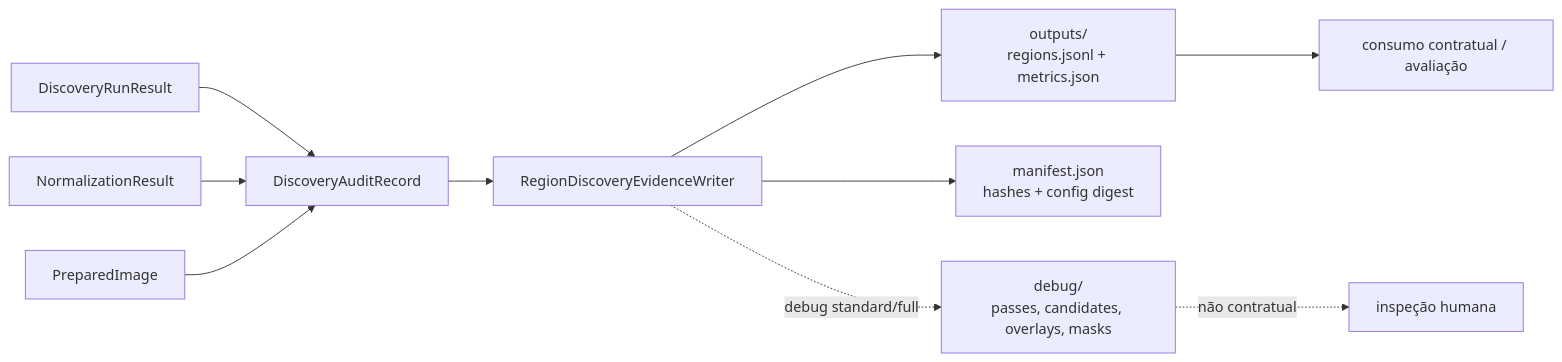
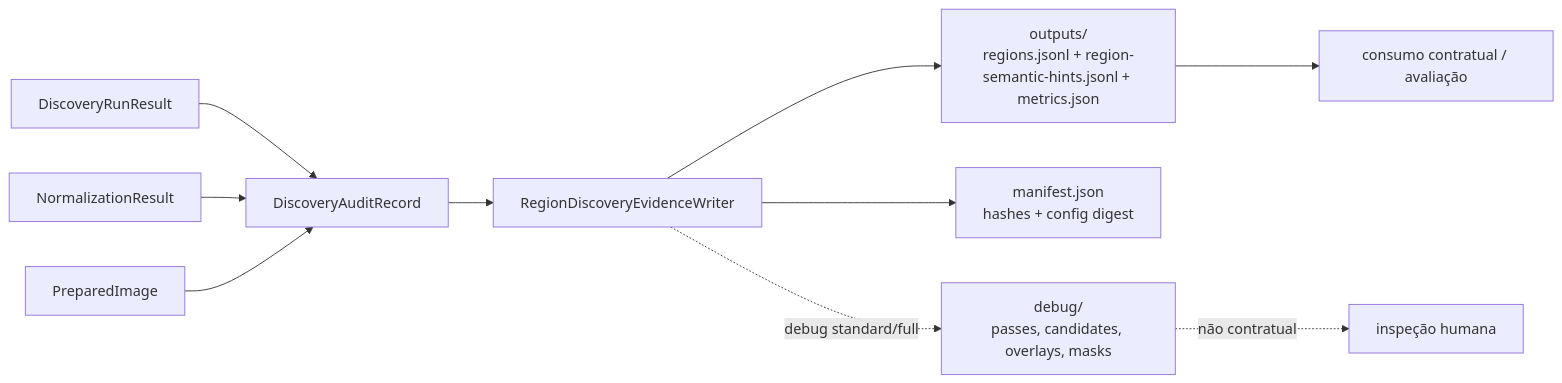
One commit to Alexandre-Tortoza/contextmap2 changed the seventh of 8 diagrams in src/contextmap/visual_perception/docs/region-discovery.md. Above: the diagram before and after it, drawn with Mermaid. The commit also changed other lines of this file and 15 other files, not shown here.

````diff
--- a/src/contextmap/visual_perception/docs/region-discovery.md
+++ b/src/contextmap/visual_perception/docs/region-discovery.md
@@ -358,12 +432,12 @@
 ```mermaid
 flowchart LR
     RUN["DiscoveryRunResult"] --> REC["DiscoveryAuditRecord"]
     NORM["NormalizationResult"] --> REC
     PI["PreparedImage"] --> REC
     REC --> WR["RegionDiscoveryEvidenceWriter"]
-    WR --> OUT["outputs/<br/>regions.jsonl + metrics.json"]
+    WR --> OUT["outputs/<br/>regions.jsonl + region-semantic-hints.jsonl + metrics.json"]
     WR --> MAN["manifest.json<br/>hashes + config digest"]
     WR -. debug standard/full .-> DBG["debug/<br/>passes, candidates, overlays, masks"]
     OUT --> DOWN["consumo contratual / avaliação"]
     DBG -. não contratual .-> HUMAN["inspeção humana"]
 ```
````
